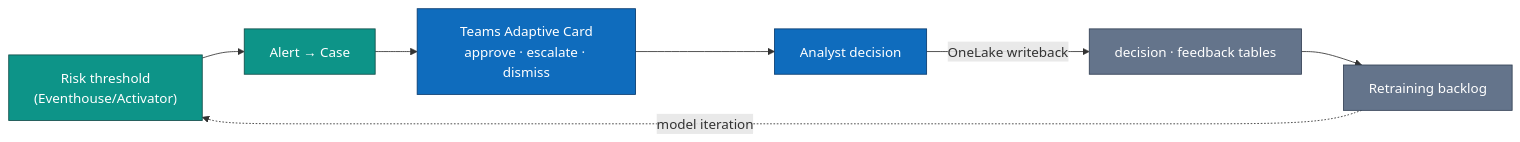
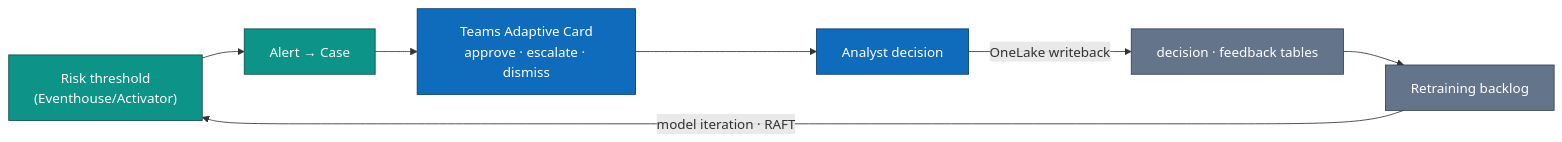
The third of 3 diagrams in README.md (EtienneSIG/Fabric_Fraud_analysis), drawn with Mermaid before and after one commit. The commit also changed other lines of this file and 81 other files, not shown here.

````diff
--- a/README.md
+++ b/README.md
@@ -155,12 +158,12 @@
 ```mermaid
 flowchart LR
   classDef e fill:#0d9488,color:#fff,stroke:#134e4a
   classDef o fill:#0f6cbd,color:#fff,stroke:#083b6f
   classDef l fill:#64748b,color:#fff,stroke:#334155
   TH["Risk threshold<br/>(Eventhouse/Activator)"]:::e --> AL["Alert → Case"]:::e
   AL --> CARD["Teams Adaptive Card<br/>approve · escalate · dismiss"]:::o
   CARD --> DEC["Analyst decision"]:::o
   DEC -->|OneLake writeback| WB["decision · feedback tables"]:::l
   WB --> RT["Retraining backlog"]:::l
-  RT -.->|model iteration| TH
+  RT -->|model iteration · RAFT| TH
 ```
````
